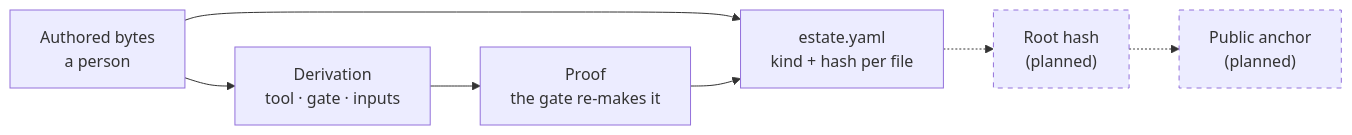
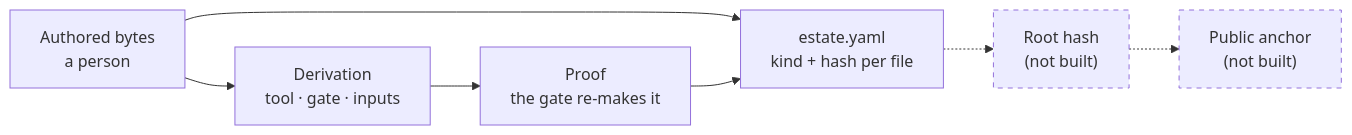
Before and after one commit to supernovae-st/nika-estate: the diagram in README.md, drawn with Mermaid. The commit also changed other lines of this file and 5 other files, not shown here.

````diff
--- a/README.md
+++ b/README.md
@@ -138,11 +149,11 @@
 ```mermaid
 flowchart LR
   A["Authored bytes<br/>a person"] --> D["Derivation<br/>tool · gate · inputs"]
   D --> P["Proof<br/>the gate re-makes it"]
   A --> M["estate.yaml<br/>kind + hash per file"]
   P --> M
-  M -.-> R["Root hash<br/>(planned)"]
-  R -.-> X["Public anchor<br/>(planned)"]
-  classDef planned stroke-dasharray: 5 5
-  class R,X planned
+  M -.-> R["Root hash<br/>(not built)"]
+  R -.-> X["Public anchor<br/>(not built)"]
+  classDef notbuilt stroke-dasharray: 5 5
+  class R,X notbuilt
 ```
````
